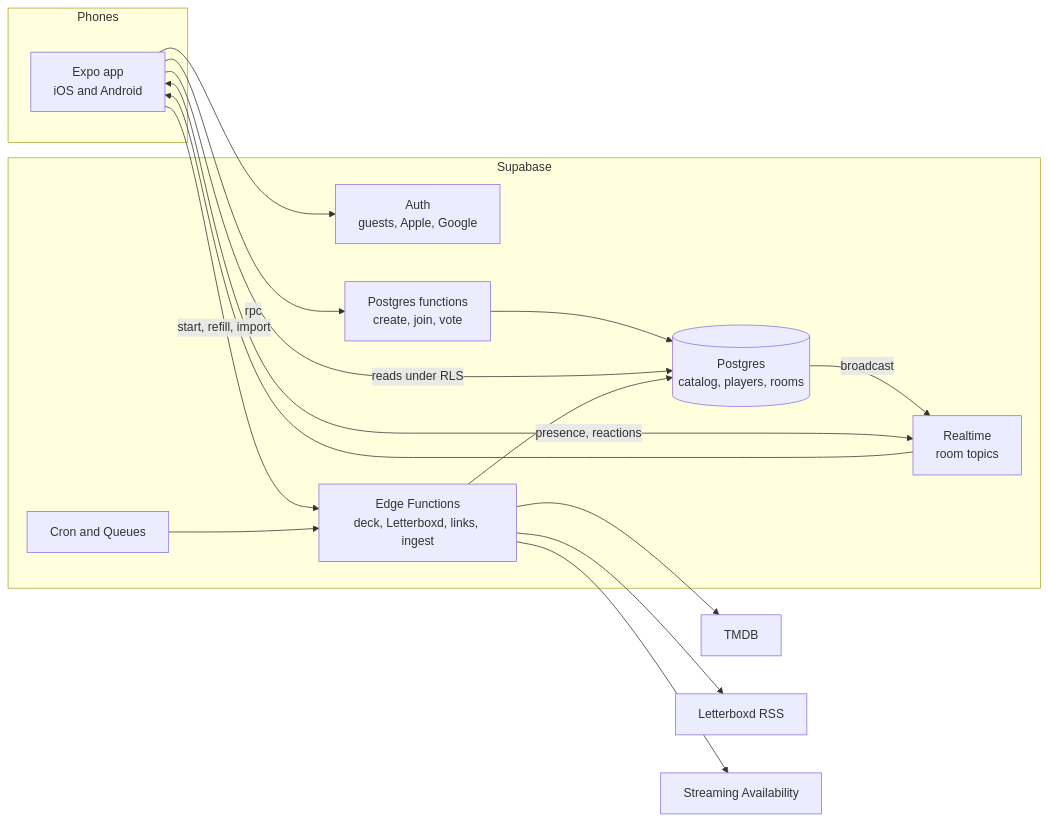
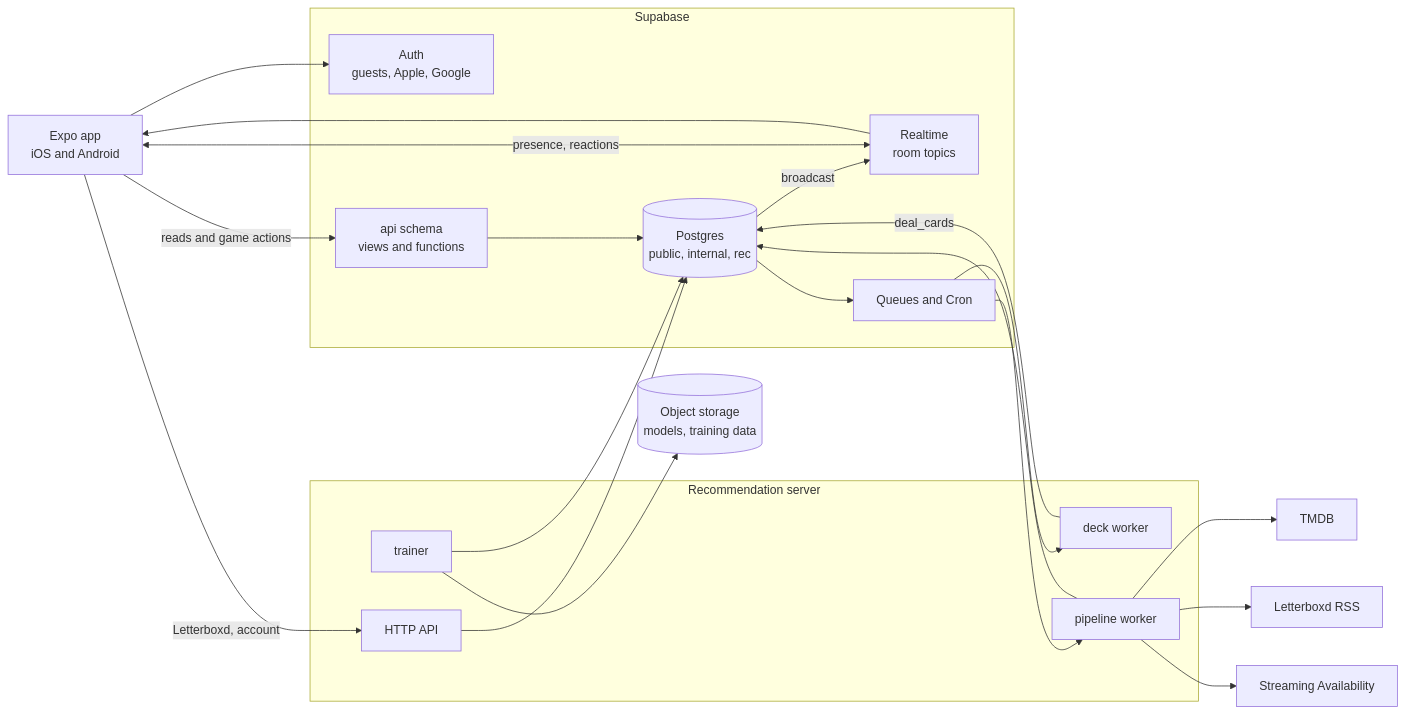
Before and after one commit to harryviennot/flimme: the first of 11 diagrams in docs/data-model/README.md, drawn with Mermaid. The commit also changed other lines of this file and 2 other files, not shown here.

First line of the commit message:
Put the app behind an api schema and add the recommendation server

````diff
--- a/docs/data-model/README.md
+++ b/docs/data-model/README.md
@@ -39,27 +45,37 @@
 ```mermaid
 flowchart LR
-  subgraph phones[Phones]
-    app[Expo app<br/>iOS and Android]
-  end
+  app[Expo app<br/>iOS and Android]
   subgraph supa[Supabase]
     auth[Auth<br/>guests, Apple, Google]
-    fn[Postgres functions<br/>create, join, vote]
-    db[(Postgres<br/>catalog, players, rooms)]
+    api[api schema<br/>views and functions]
+    db[(Postgres<br/>public, internal, rec)]
     rt[Realtime<br/>room topics]
-    edge[Edge Functions<br/>deck, Letterboxd, links, ingest]
-    jobs[Cron and Queues]
+    q[Queues and Cron]
+  end
+  subgraph server[Recommendation server]
+    deck[deck worker]
+    pipe[pipeline worker]
+    http[HTTP API]
+    train[trainer]
   end
   tmdb[TMDB]
   lb[Letterboxd RSS]
   sa[Streaming Availability]
+  store[(Object storage<br/>models, training data)]
   app --> auth
-  app -->|rpc| fn --> db
-  app -->|reads under RLS| db
+  app -->|reads and game actions| api --> db
   db -->|broadcast| rt --> app
   app <-->|presence, reactions| rt
-  app -->|start, refill, import| edge --> db
-  jobs --> edge
-  edge --> tmdb
-  edge --> lb
-  edge --> sa
+  app -->|Letterboxd, account| http
+  db --> q
+  q --> deck
+  q --> pipe
+  deck -->|deal_cards| db
+  pipe --> db
+  http --> db
+  train --> db
+  train --> store
+  pipe --> tmdb
+  pipe --> lb
+  pipe --> sa
 ```
````
